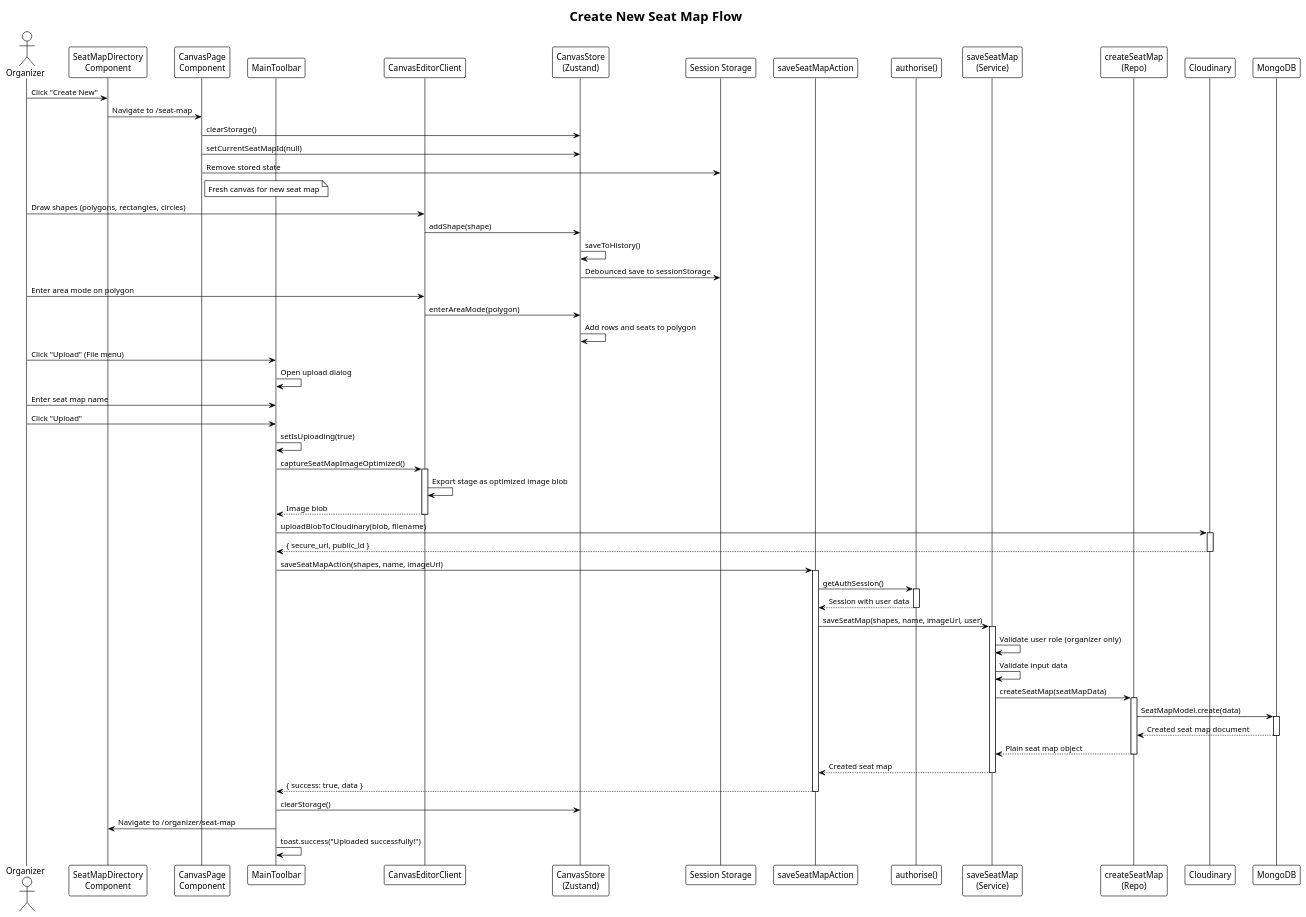
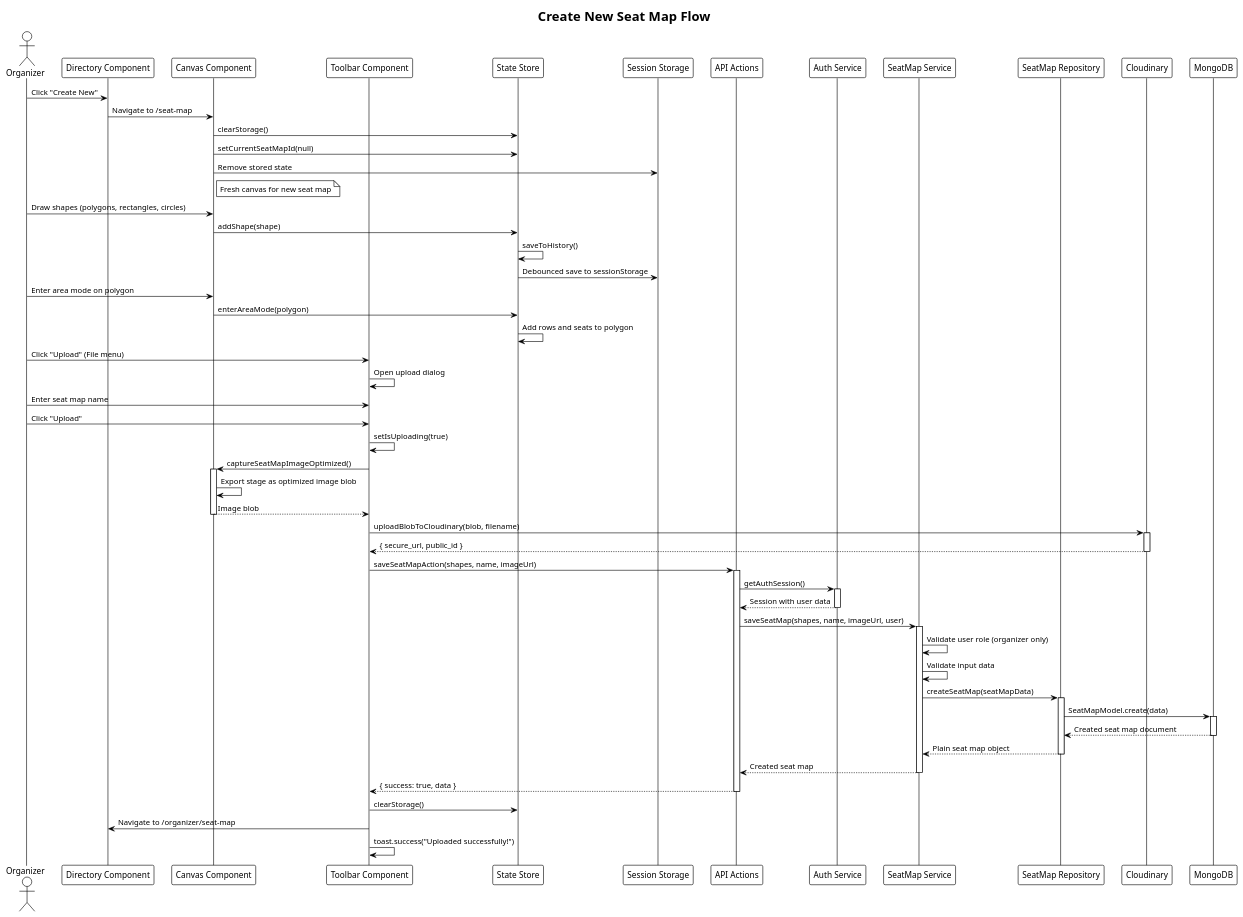
Before and after one commit to VieTicket/vieticket-monorepo: the first of 5 diagrams in puml/seat-map.puml, drawn with PlantUML. The commit also changed other lines of this file and 4 other files, not shown here.

Commit message:
[OPS-28] seq diagram for seatmap

```diff
--- a/puml/seat-map.puml
+++ b/puml/seat-map.puml
@@ -1,86 +1,85 @@
 @startuml create-new-seat-map
 !theme plain
 title Create New Seat Map Flow
 
 actor Organizer
-participant "SeatMapDirectory\nComponent" as Directory
-participant "CanvasPage\nComponent" as Canvas
-participant "MainToolbar" as Toolbar
-participant "CanvasEditorClient" as Editor
-participant "CanvasStore\n(Zustand)" as Store
+participant "Directory Component" as Directory
+participant "Canvas Component" as Canvas
+participant "Toolbar Component" as Toolbar
+participant "State Store" as Store
 participant "Session Storage" as Session
-participant "saveSeatMapAction" as SaveAction
-participant "authorise()" as Auth
-participant "saveSeatMap\n(Service)" as Service
-participant "createSeatMap\n(Repo)" as Repo
+participant "API Actions" as Actions
+participant "Auth Service" as Auth
+participant "SeatMap Service" as Service
+participant "SeatMap Repository" as Repo
 participant "Cloudinary" as Cloud
 participant "MongoDB" as MongoDB
 
 Organizer -> Directory: Click "Create New"
 Directory -> Canvas: Navigate to /seat-map
 
 Canvas -> Store: clearStorage()
 Canvas -> Store: setCurrentSeatMapId(null)
 Canvas -> Session: Remove stored state
 Note right of Canvas: Fresh canvas for new seat map
 
-Organizer -> Editor: Draw shapes (polygons, rectangles, circles)
-Editor -> Store: addShape(shape)
+Organizer -> Canvas: Draw shapes (polygons, rectangles, circles)
+Canvas -> Store: addShape(shape)
 Store -> Store: saveToHistory()
 Store -> Session: Debounced save to sessionStorage
 
-Organizer -> Editor: Enter area mode on polygon
-Editor -> Store: enterAreaMode(polygon)
+Organizer -> Canvas: Enter area mode on polygon
+Canvas -> Store: enterAreaMode(polygon)
 Store -> Store: Add rows and seats to polygon
 
 Organizer -> Toolbar: Click "Upload" (File menu)
 Toolbar -> Toolbar: Open upload dialog
 
 Organizer -> Toolbar: Enter seat map name
 Organizer -> Toolbar: Click "Upload"
 
 Toolbar -> Toolbar: setIsUploading(true)
-Toolbar -> Editor: captureSeatMapImageOptimized()
-activate Editor
-Editor -> Editor: Export stage as optimized image blob
-Editor --> Toolbar: Image blob
-deactivate Editor
+Toolbar -> Canvas: captureSeatMapImageOptimized()
+activate Canvas
+Canvas -> Canvas: Export stage as optimized image blob
+Canvas --> Toolbar: Image blob
+deactivate Canvas
 
 Toolbar -> Cloud: uploadBlobToCloudinary(blob, filename)
 activate Cloud
 Cloud --> Toolbar: { secure_url, public_id }
 deactivate Cloud
 
-Toolbar -> SaveAction: saveSeatMapAction(shapes, name, imageUrl)
-activate SaveAction
+Toolbar -> Actions: saveSeatMapAction(shapes, name, imageUrl)
+activate Actions
 
-SaveAction -> Auth: getAuthSession()
+Actions -> Auth: getAuthSession()
 activate Auth
-Auth --> SaveAction: Session with user data
+Auth --> Actions: Session with user data
 deactivate Auth
 
-SaveAction -> Service: saveSeatMap(shapes, name, imageUrl, user)
+Actions -> Service: saveSeatMap(shapes, name, imageUrl, user)
 activate Service
 
 Service -> Service: Validate user role (organizer only)
 Service -> Service: Validate input data
 Service -> Repo: createSeatMap(seatMapData)
 activate Repo
 Repo -> MongoDB: SeatMapModel.create(data)
 activate MongoDB
 MongoDB --> Repo: Created seat map document
 deactivate MongoDB
 Repo --> Service: Plain seat map object
 deactivate Repo
 
-Service --> SaveAction: Created seat map
+Service --> Actions: Created seat map
 deactivate Service
 
-SaveAction --> Toolbar: { success: true, data }
-deactivate SaveAction
+Actions --> Toolbar: { success: true, data }
+deactivate Actions
 
 Toolbar -> Store: clearStorage()
 Toolbar -> Directory: Navigate to /organizer/seat-map
 Toolbar -> Toolbar: toast.success("Uploaded successfully!")
 
 @enduml
```
